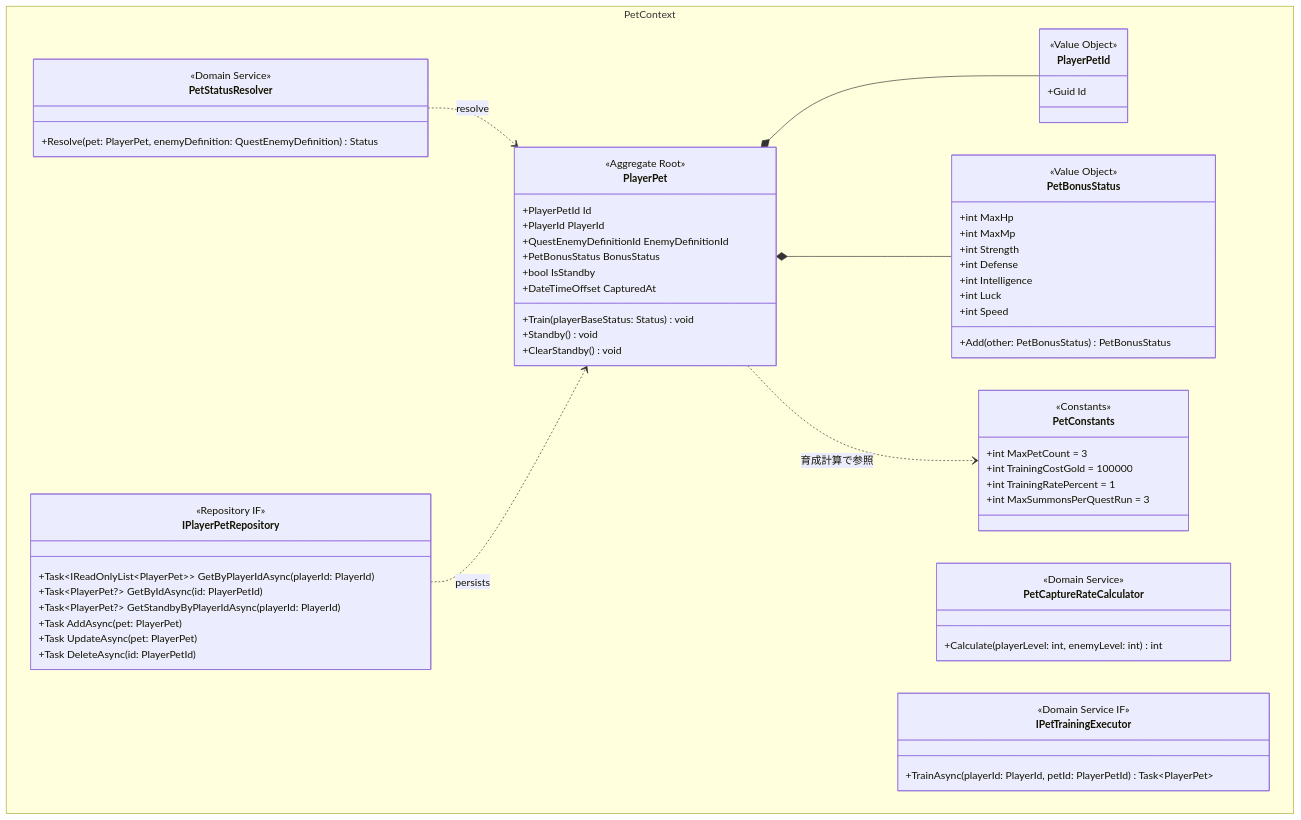
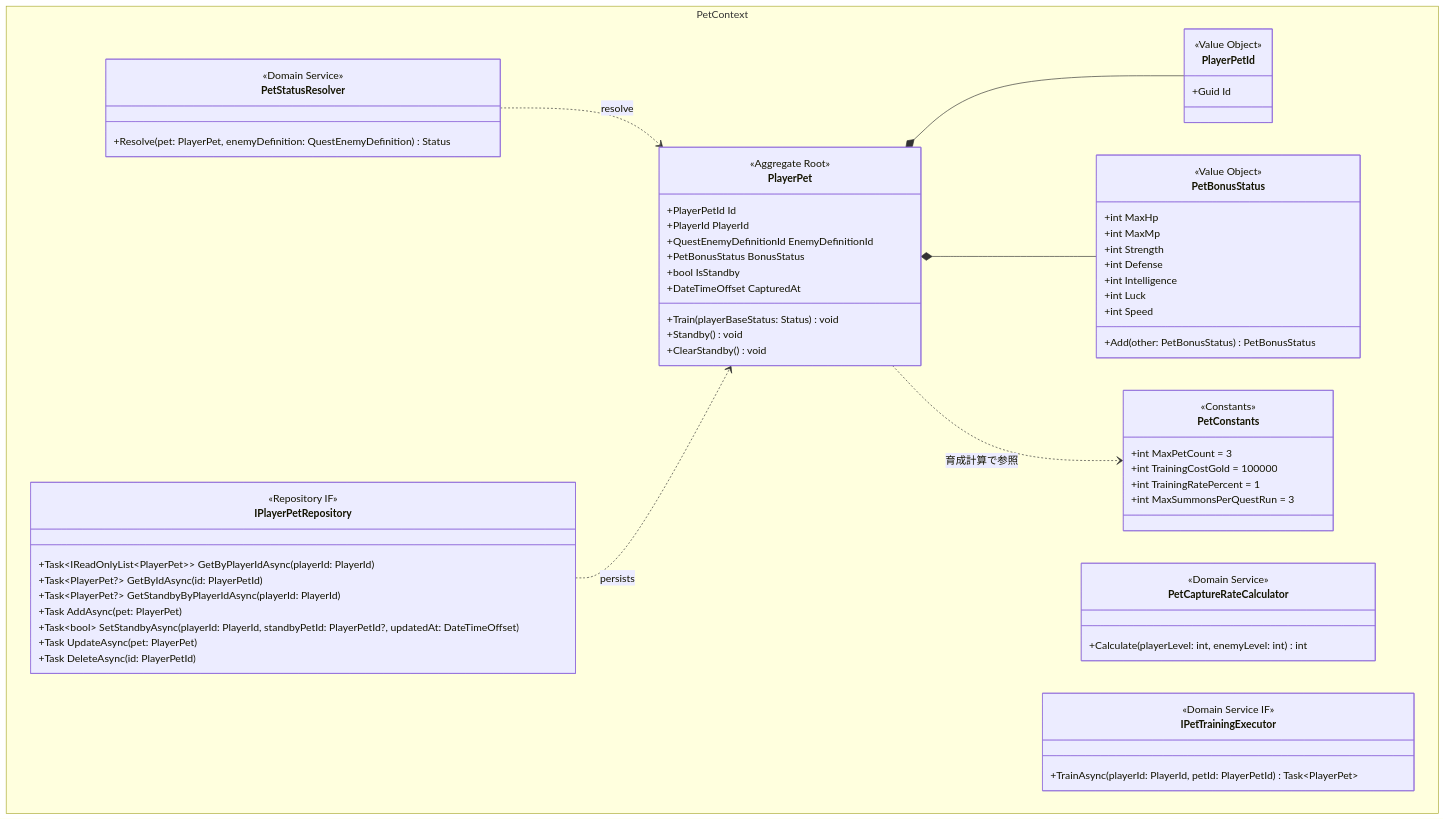
The diagram in docs/pet/02_ペットドメイン.mmd (ayumu203/nisekue), drawn with Mermaid before and after one commit. The commit also changed 41 other files, not shown here.

```diff
--- a/docs/pet/02_ペットドメイン.mmd
+++ b/docs/pet/02_ペットドメイン.mmd
@@ -1,79 +1,81 @@
 classDiagram
     %% Enum 定義は docs/common/01_Enum.mmd を参照
     %% クエスト戦闘への統合（捕獲・呼出のターン解決）は docs/quest/04_クエストドメイン.mmd を参照
 
     namespace PetContext {
         class PlayerPet {
             <<Aggregate Root>>
             +PlayerPetId Id
             +PlayerId PlayerId
             +QuestEnemyDefinitionId EnemyDefinitionId
             +PetBonusStatus BonusStatus
             +bool IsStandby
             +DateTimeOffset CapturedAt
             +Train(playerBaseStatus: Status) void
             +Standby() void
             +ClearStandby() void
         }
 
         class PlayerPetId {
             <<Value Object>>
             +Guid Id
         }
 
         class PetBonusStatus {
             <<Value Object>>
             +int MaxHp
             +int MaxMp
             +int Strength
             +int Defense
             +int Intelligence
             +int Luck
             +int Speed
             +Add(other: PetBonusStatus) PetBonusStatus
         }
 
         class PetCaptureRateCalculator {
             <<Domain Service>>
             %% 成功率 = clamp(基礎率(敵Lv帯) + (プレイヤーLv - 敵Lv) * 5, 5, 95)
             %% 基礎率: 敵Lv 1-9→75 / 10-19→60 / 20-39→50 / 40-59→40 / 60-99→30 / 100-199→20 / 200-399→15 / 400-699→10 / 700+→5
             +Calculate(playerLevel: int, enemyLevel: int) int
         }
 
         class PetStatusResolver {
             <<Domain Service>>
             %% 敵マスタの基本ステータス + 育成加算分を合算した実効ステータスを返す
             +Resolve(pet: PlayerPet, enemyDefinition: QuestEnemyDefinition) Status
         }
 
         class PetConstants {
             <<Constants>>
             +int MaxPetCount = 3
             +int TrainingCostGold = 100000
             +int TrainingRatePercent = 1
             +int MaxSummonsPerQuestRun = 3
         }
 
         class IPetTrainingExecutor {
             <<Domain Service IF>>
             %% 育成（ゴールド消費＋ペット加算）を単一トランザクション＋プレイヤー行ロックで原子的に実行する
             %% 実装はインフラ層 DbPetTrainingExecutor（FOR UPDATE で並行育成を直列化）
             +TrainAsync(playerId: PlayerId, petId: PlayerPetId) Task~PlayerPet~
         }
 
         class IPlayerPetRepository {
             <<Repository IF>>
             +Task~IReadOnlyList~PlayerPet~~ GetByPlayerIdAsync(playerId: PlayerId)
             +Task~PlayerPet?~ GetByIdAsync(id: PlayerPetId)
             +Task~PlayerPet?~ GetStandbyByPlayerIdAsync(playerId: PlayerId)
             +Task AddAsync(pet: PlayerPet)
+            %% スタンバイ切替は単一 UPDATE で全ペットを同期し、DB の部分一意制約で 1 体のみを保証する
+            +Task~bool~ SetStandbyAsync(playerId: PlayerId, standbyPetId: PlayerPetId?, updatedAt: DateTimeOffset)
             +Task UpdateAsync(pet: PlayerPet)
             +Task DeleteAsync(id: PlayerPetId)
         }
     }
 
     PlayerPet *-- PlayerPetId
     PlayerPet *-- PetBonusStatus
     PlayerPet ..> PetConstants : 育成計算で参照
     PetStatusResolver ..> PlayerPet : resolve
     IPlayerPetRepository ..> PlayerPet : persists
```
